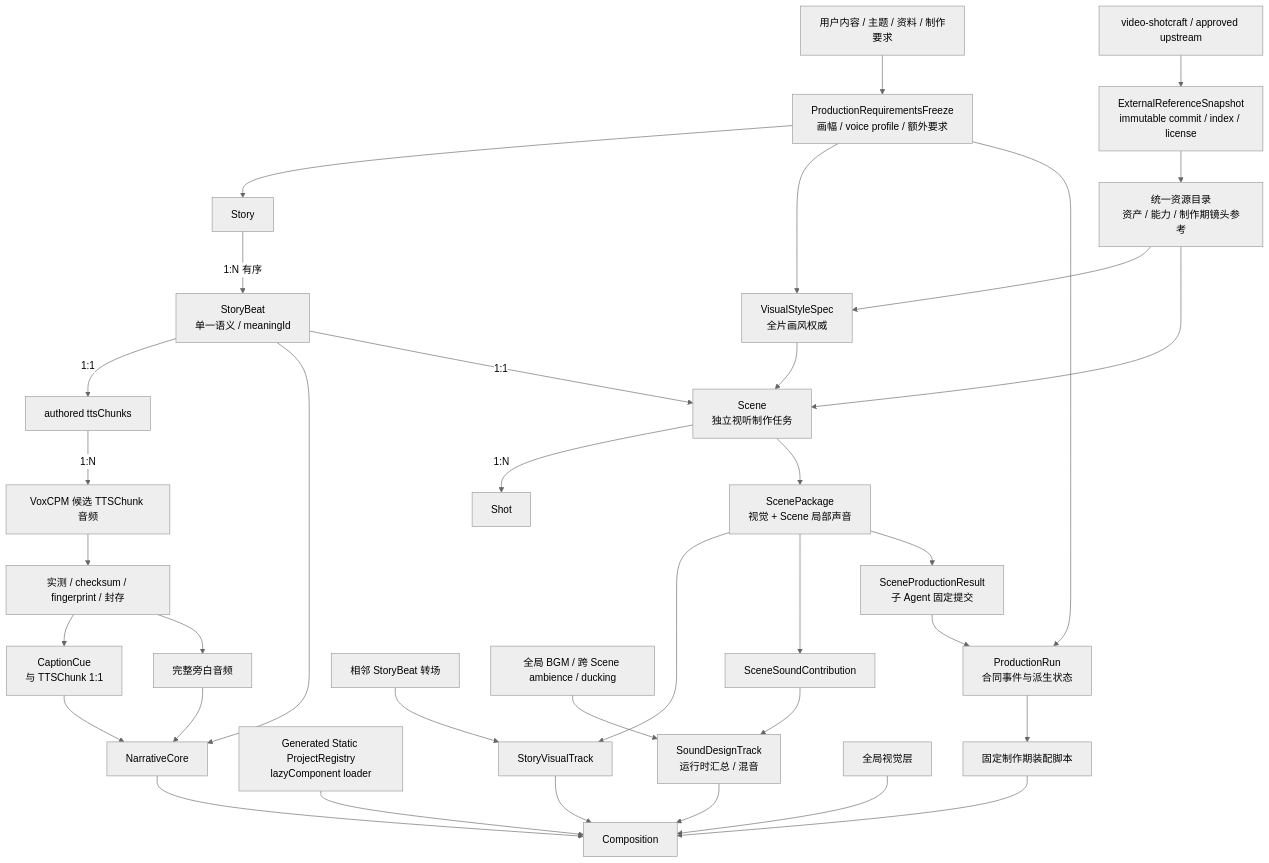
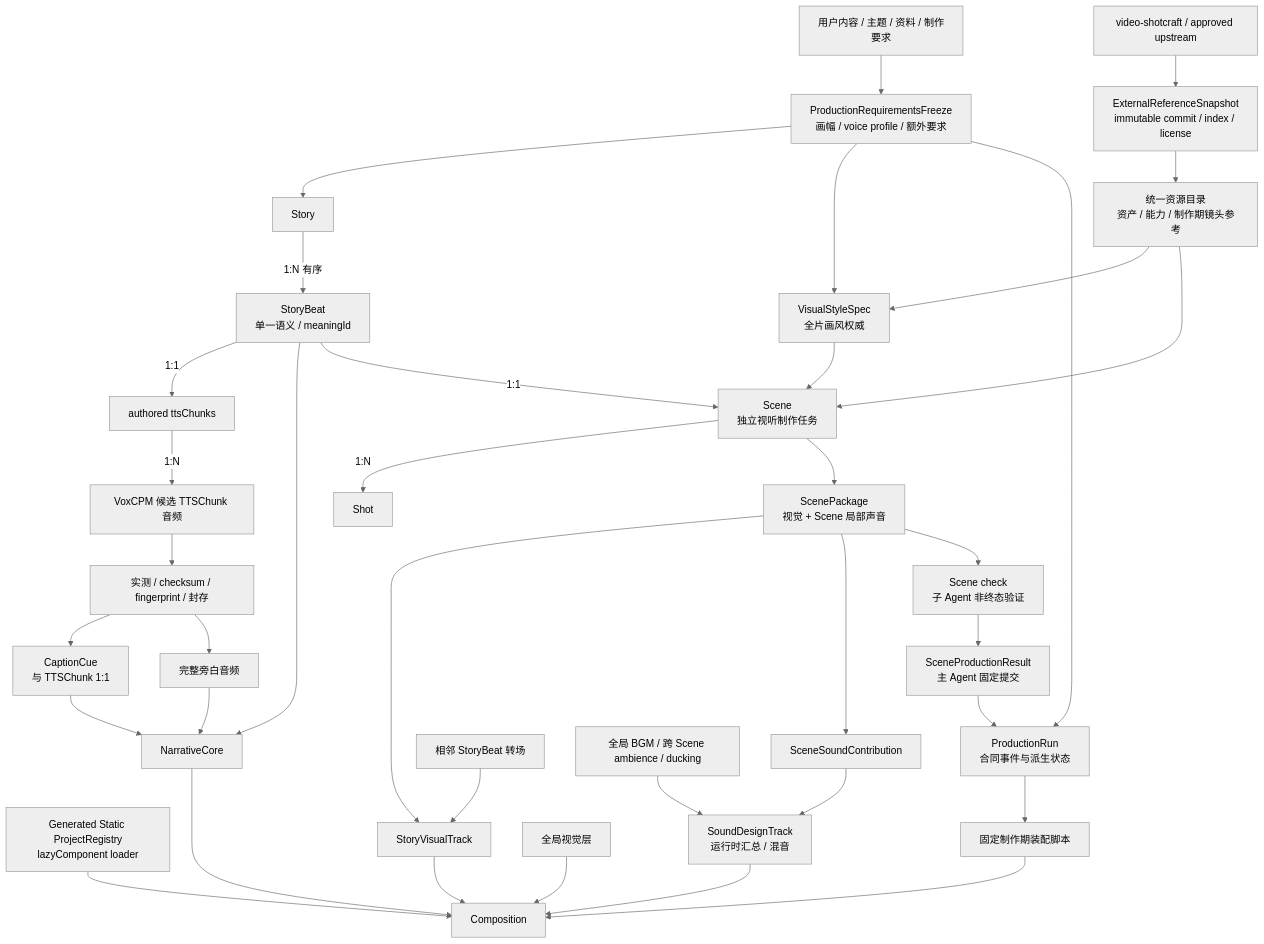
Before and after one commit to AXMORF/axmorf-studio: the diagram in docs/FINAL_PRODUCT_GOAL.md, drawn with Mermaid (neutral theme). The commit also changed 12 other files, not shown here.

````diff
--- a/docs/FINAL_PRODUCT_GOAL.md
+++ b/docs/FINAL_PRODUCT_GOAL.md
@@ -17,41 +17,42 @@
 ```mermaid
 flowchart TB
     User["用户内容 / 主题 / 资料 / 制作要求"] --> Requirements["ProductionRequirementsFreeze<br/>画幅 / voice profile / 额外要求"]
     Requirements --> Story["Story"]
     Story -->|"1:N 有序"| Beat["StoryBeat<br/>单一语义 / meaningId"]
 
     Beat -->|"1:1"| Chunks["authored ttsChunks"]
     Chunks -->|"1:N"| Generate["VoxCPM 候选 TTSChunk 音频"]
     Generate --> Seal["实测 / checksum / fingerprint / 封存"]
     Seal --> Captions["CaptionCue<br/>与 TTSChunk 1:1"]
     Seal --> Audio["完整旁白音频"]
     Audio --> Core["NarrativeCore"]
     Captions --> Core
     Beat --> Core
     Registry["Generated Static ProjectRegistry<br/>lazyComponent loader"] --> Composition
 
     Requirements --> Style["VisualStyleSpec<br/>全片画风权威"]
     Catalog --> Style
     Upstream["video-shotcraft / approved upstream"] --> Snapshot["ExternalReferenceSnapshot<br/>immutable commit / index / license"]
     Snapshot --> Catalog
     Style --> Scene
     Beat -->|"1:1"| Scene["Scene<br/>独立视听制作任务"]
     Scene -->|"1:N"| Shot["Shot"]
     Catalog["统一资源目录<br/>资产 / 能力 / 制作期镜头参考"] --> Scene
     Scene --> Package["ScenePackage<br/>视觉 + Scene 局部声音"]
     Package --> Visual["StoryVisualTrack"]
     Package --> SceneSound["SceneSoundContribution"]
     Transition["相邻 StoryBeat 转场"] --> Visual
 
     Core --> Composition["Composition"]
     Visual --> Composition
     SceneSound --> Sound["SoundDesignTrack<br/>运行时汇总 / 混音"]
     GlobalSound["全局 BGM / 跨 Scene ambience / ducking"] --> Sound
     Sound --> Composition
     Global["全局视觉层"] --> Composition
     Requirements --> Run["ProductionRun<br/>合同事件与派生状态"]
-    Package --> SceneResult["SceneProductionResult<br/>子 Agent 固定提交"]
+    Package --> SceneCheck["Scene check<br/>子 Agent 非终态验证"]
+    SceneCheck --> SceneResult["SceneProductionResult<br/>主 Agent 固定提交"]
     SceneResult --> Run
     Run --> AssembleStep["固定制作期装配脚本"]
     AssembleStep --> Composition
 ```
````
